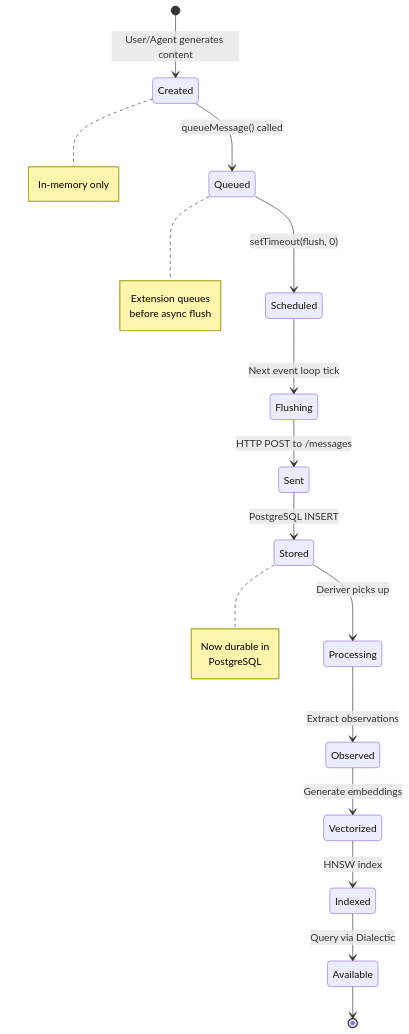
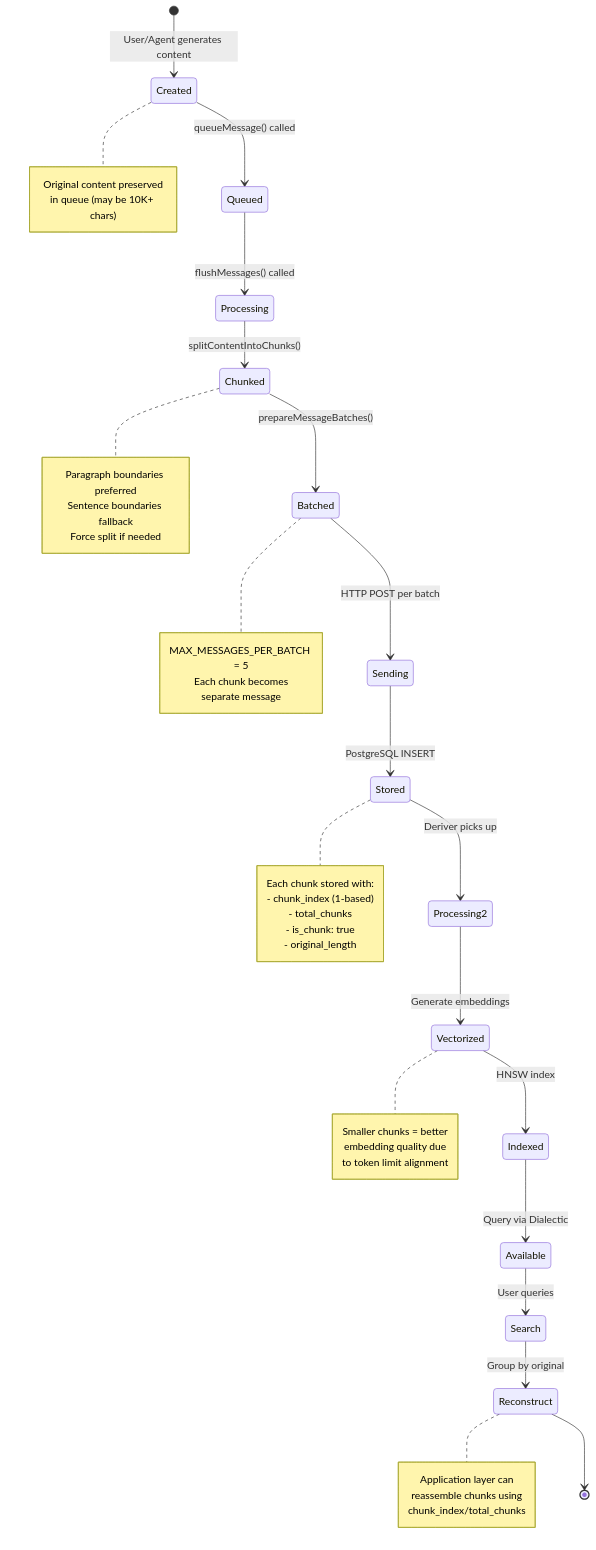
The fifth of 8 diagrams in docs/v3/guides/community/dgs-integrations/pi-mono/agents/extensions/README-honcho.md (dsidlo/local-honcho), drawn with Mermaid before and after one commit. The commit also changed other lines of this file and 1 other file, not shown here.

First line of the commit message:
feat: Enhance Honcho extension with intelligent content chunking

````diff
--- a/docs/v3/guides/community/dgs-integrations/pi-mono/agents/extensions/README-honcho.md
+++ b/docs/v3/guides/community/dgs-integrations/pi-mono/agents/extensions/README-honcho.md
@@ -171,40 +236,58 @@
 ```mermaid
 stateDiagram-v2
     [*] --> Created: User/Agent generates content
     
     Created --> Queued: queueMessage() called
+    Note right of Created
+        Original content preserved
+        in queue (may be 10K+ chars)
+    End note
     
-    Queued --> Scheduled: setTimeout(flush, 0)
+    Queued --> Processing: flushMessages() called
     
-    Scheduled --> Flushing: Next event loop tick
+    Processing --> Chunked: splitContentIntoChunks()
+    Note right of Chunked
+        Paragraph boundaries preferred
+        Sentence boundaries fallback
+        Force split if needed
+    End note
     
-    Flushing --> Sent: HTTP POST to /messages
+    Chunked --> Batched: prepareMessageBatches()
+    Note right of Batched
+        MAX_MESSAGES_PER_BATCH = 5
+        Each chunk becomes
+        separate message
+    End note
     
-    Sent --> Stored: PostgreSQL INSERT
+    Batched --> Sending: HTTP POST per batch
     
-    Stored --> Processing: Deriver picks up
+    Sending --> Stored: PostgreSQL INSERT
+    Note right of Stored
+        Each chunk stored with:
+        - chunk_index (1-based)
+        - total_chunks
+        - is_chunk: true
+        - original_length
+    End note
     
-    Processing --> Observed: Extract observations
-    
-    Observed --> Vectorized: Generate embeddings
+    Stored --> Processing2: Deriver picks up
+    Processing2 --> Vectorized: Generate embeddings
+    Note right of Vectorized
+        Smaller chunks = better
+        embedding quality due
+        to token limit alignment
+    End note
     
     Vectorized --> Indexed: HNSW index
-    
     Indexed --> Available: Query via Dialectic
     
-    Available --> [*]
-    
-    Note right of Created
-        In-memory only
+    Available --> Search: User queries
+    Search --> Reconstruct: Group by original
+    Note right of Reconstruct
+        Application layer can
+        reassemble chunks using
+        chunk_index/total_chunks
     End note
     
-    Note right of Queued
-        Extension queues
-        before async flush
-    End note
-    
-    Note right of Stored
-        Now durable in
-        PostgreSQL
-    End note
+    Reconstruct --> [*]
 ```
````
